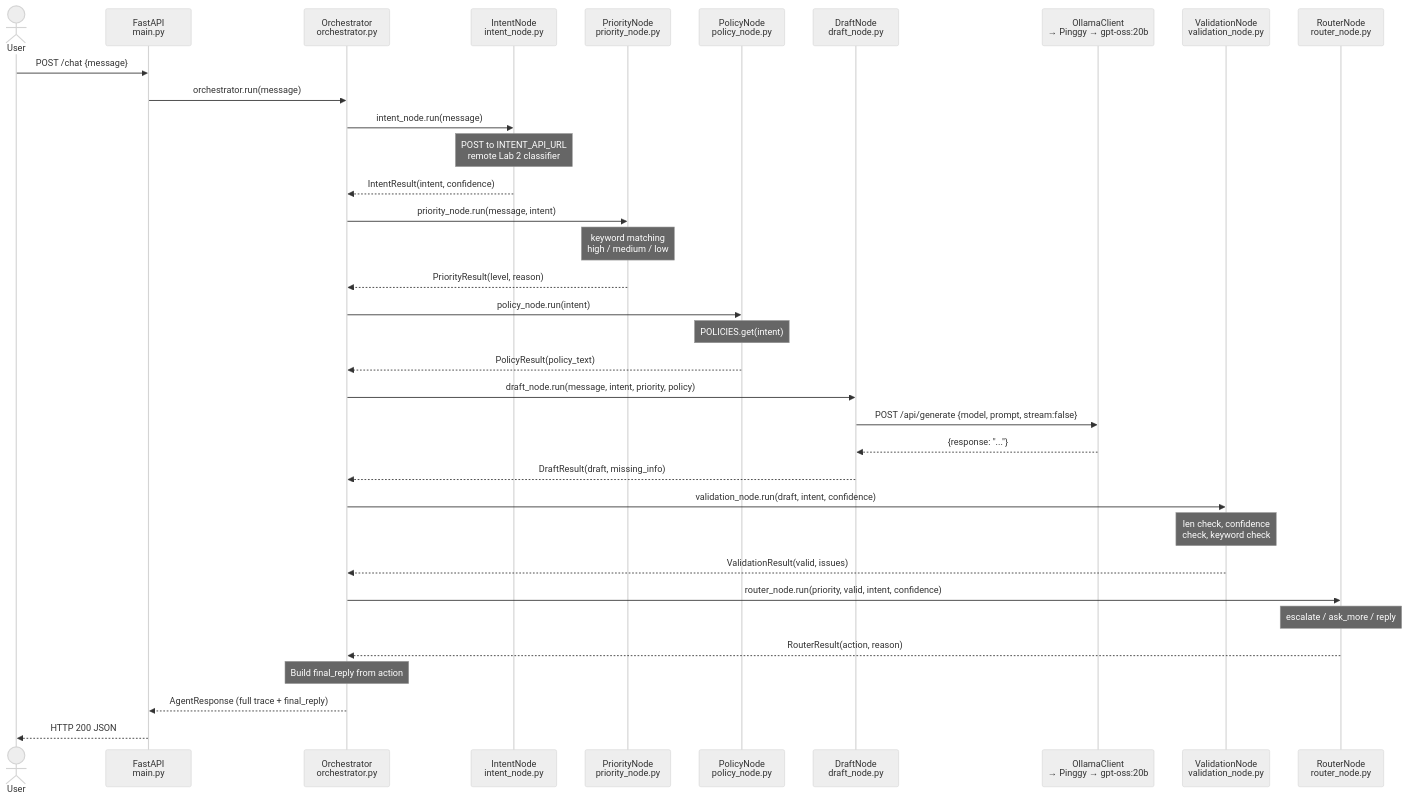
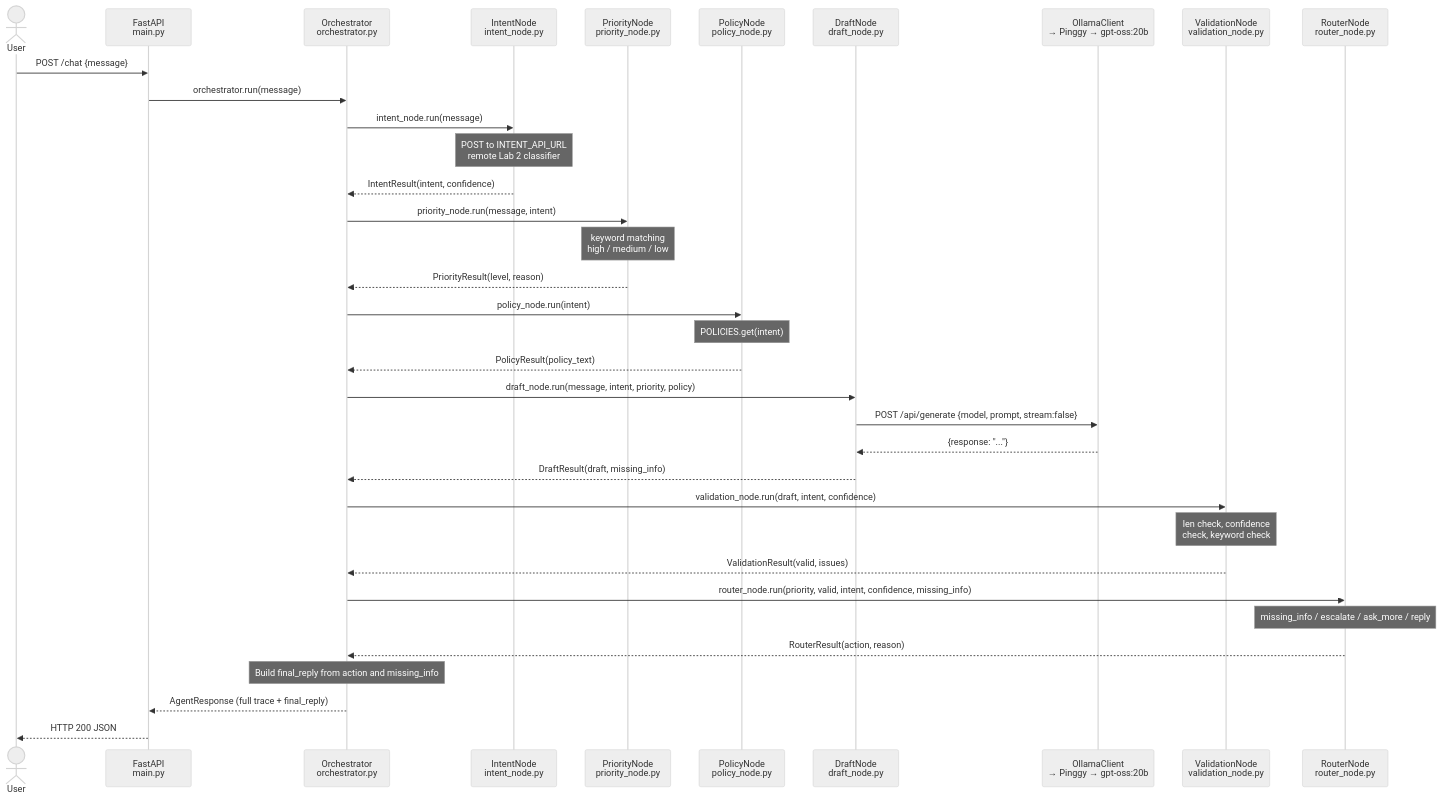
The second of 3 diagrams in README.md (tinpro2k5/banking-ai-agent), drawn with Mermaid (neutral theme) before and after one commit. The commit also changed other lines of this file and 15 other files, not shown here.

````diff
--- a/README.md
+++ b/README.md
@@ -94,45 +91,45 @@
 ```mermaid
 sequenceDiagram
     actor User
     participant API as FastAPI<br/>main.py
     participant Orch as Orchestrator<br/>orchestrator.py
     participant INode as IntentNode<br/>intent_node.py
     participant PNode as PriorityNode<br/>priority_node.py
     participant PolNode as PolicyNode<br/>policy_node.py
     participant DNode as DraftNode<br/>draft_node.py
     participant Ollama as OllamaClient<br/>→ Pinggy → gpt-oss:20b
     participant VNode as ValidationNode<br/>validation_node.py
     participant RNode as RouterNode<br/>router_node.py
 
     User->>API: POST /chat  {message}
     API->>Orch: orchestrator.run(message)
 
     Orch->>INode: intent_node.run(message)
     Note over INode: POST to INTENT_API_URL<br/>remote Lab 2 classifier
     INode-->>Orch: IntentResult(intent, confidence)
 
     Orch->>PNode: priority_node.run(message, intent)
     Note over PNode: keyword matching<br/>high / medium / low
     PNode-->>Orch: PriorityResult(level, reason)
 
     Orch->>PolNode: policy_node.run(intent)
     Note over PolNode: POLICIES.get(intent)
     PolNode-->>Orch: PolicyResult(policy_text)
 
     Orch->>DNode: draft_node.run(message, intent, priority, policy)
     DNode->>Ollama: POST /api/generate {model, prompt, stream:false}
     Ollama-->>DNode: {response: "..."}
     DNode-->>Orch: DraftResult(draft, missing_info)
 
     Orch->>VNode: validation_node.run(draft, intent, confidence)
     Note over VNode: len check, confidence<br/>check, keyword check
     VNode-->>Orch: ValidationResult(valid, issues)
 
-    Orch->>RNode: router_node.run(priority, valid, intent, confidence)
-    Note over RNode: escalate / ask_more / reply
+    Orch->>RNode: router_node.run(priority, valid, intent, confidence, missing_info)
+    Note over RNode: missing_info / escalate / ask_more / reply
     RNode-->>Orch: RouterResult(action, reason)
 
-    Note over Orch: Build final_reply from action
+    Note over Orch: Build final_reply from action and missing_info
     Orch-->>API: AgentResponse (full trace + final_reply)
     API-->>User: HTTP 200 JSON
 ```
````
